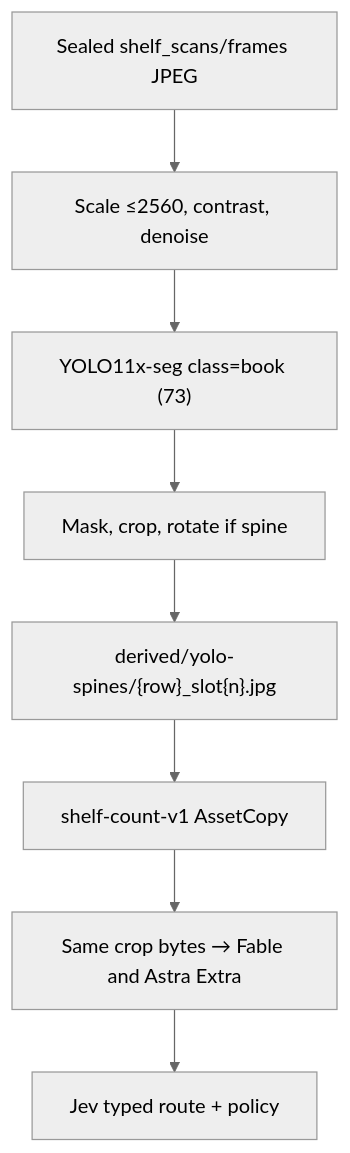
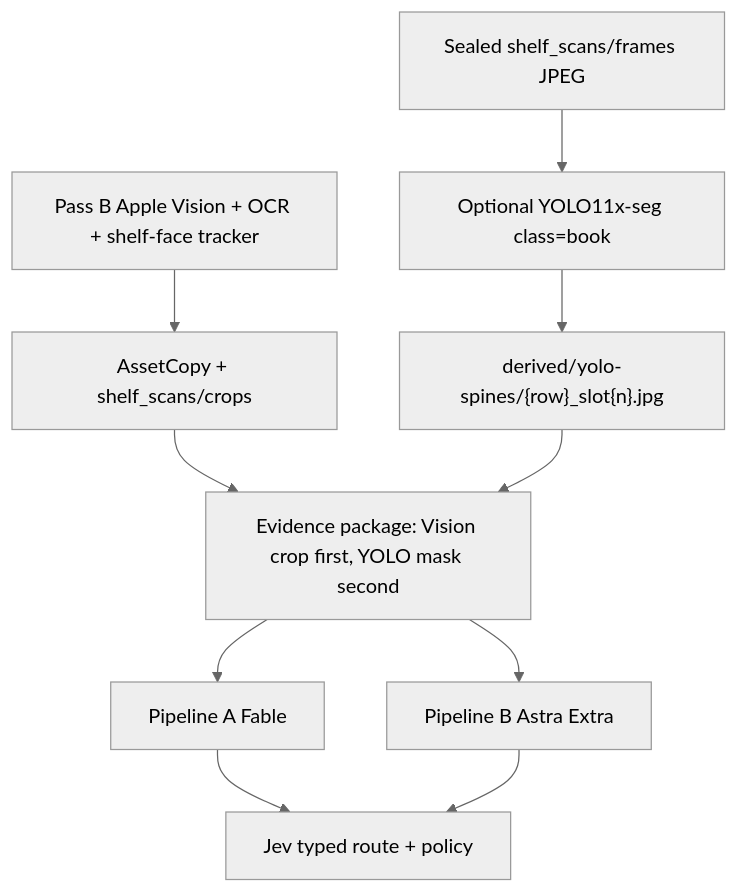
Before and after one commit to harshsinha-12/library-estimate: the seventh of 17 diagrams in docs/architecture.md, drawn with Mermaid (neutral theme). The commit also changed other lines of this file and 7 other files, not shown here.

First line of the commit message:
Clarify Apple Vision vs YOLO in the architecture

````diff
--- a/docs/architecture.md
+++ b/docs/architecture.md
@@ -354,10 +374,12 @@
 ```mermaid
 flowchart TB
-  FRAME["Sealed shelf_scans/frames JPEG"] --> PRE["Scale ≤2560, contrast, denoise"]
-  PRE --> YOLO["YOLO11x-seg class=book (73)"]
-  YOLO --> CROP["Mask, crop, rotate if spine"]
-  CROP --> STORE["derived/yolo-spines/{row}_slot{n}.jpg"]
-  STORE --> COUNT["shelf-count-v1 AssetCopy"]
-  COUNT --> AB["Same crop bytes → Fable and Astra Extra"]
-  AB --> JEV["Jev typed route + policy"]
+  LIVE["Pass B Apple Vision + OCR + shelf-face tracker"] --> COPY["AssetCopy + shelf_scans/crops"]
+  FRAME["Sealed shelf_scans/frames JPEG"] --> YOLO["Optional YOLO11x-seg class=book"]
+  YOLO --> MASK["derived/yolo-spines/{row}_slot{n}.jpg"]
+  COPY --> PKG["Evidence package: Vision crop first, YOLO mask second"]
+  MASK --> PKG
+  PKG --> FA["Pipeline A Fable"]
+  PKG --> AR["Pipeline B Astra Extra"]
+  FA --> JEV["Jev typed route + policy"]
+  AR --> JEV
 ```
````
